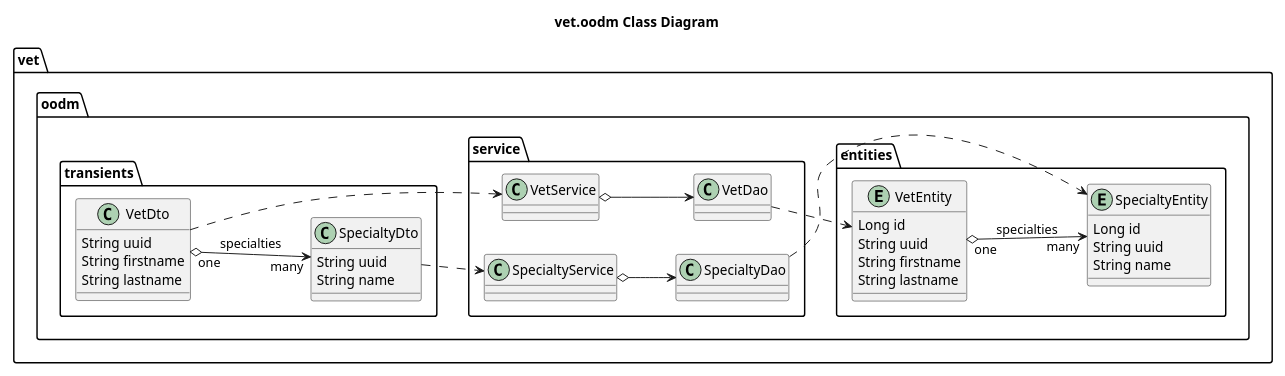
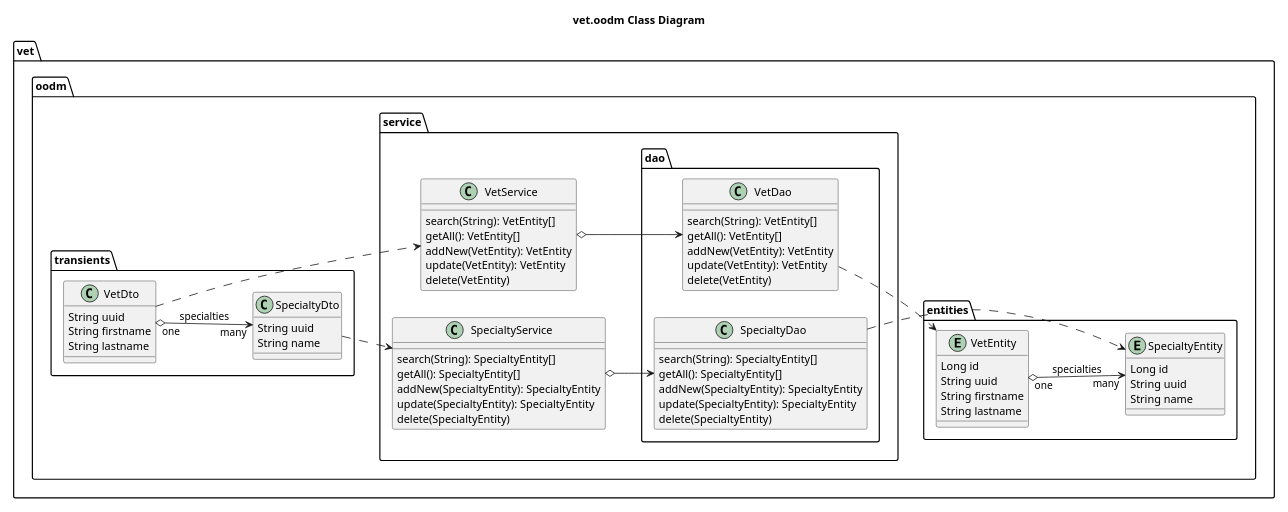
One commit to Jakarta-EE-Petclinic/petclinic-uml changed the diagram in puml/vet/implementation/DB__Class.puml. Above: the diagram before and after it, drawn with PlantUML. The commit also changed 6 other files, not shown here.

```diff
--- a/puml/vet/implementation/DB__Class.puml
+++ b/puml/vet/implementation/DB__Class.puml
@@ -1,76 +1,95 @@
 @startuml
 'https://plantuml.com/class-diagram
 
 title vet.oodm Class Diagram
 
 left to right direction
 'top to bottom direction
 
 scale 1000 width
 
 package vet.oodm {
 
     package vet.oodm.entities {
 
         entity VetEntity {
             Long id
             String uuid
             String firstname
             String lastname
         }
 
         entity SpecialtyEntity {
             Long id
             String uuid
             String name
         }
 
         VetEntity "one" o--> "many" SpecialtyEntity: specialties
     }
 
     package vet.oodm.service {
 
         class VetService {
-
-        }
-
-        class VetDao {
-
+            search(String): VetEntity[]
+            getAll(): VetEntity[]
+            addNew(VetEntity): VetEntity
+            update(VetEntity): VetEntity
+            delete(VetEntity)
         }
 
         class SpecialtyService {
-
+            search(String): SpecialtyEntity[]
+            getAll(): SpecialtyEntity[]
+            addNew(SpecialtyEntity): SpecialtyEntity
+            update(SpecialtyEntity): SpecialtyEntity
+            delete(SpecialtyEntity)
         }
 
-        class SpecialtyDao {
+        package vet.oodm.service.dao {
 
+            class VetDao {
+                search(String): VetEntity[]
+                getAll(): VetEntity[]
+                addNew(VetEntity): VetEntity
+                update(VetEntity): VetEntity
+                delete(VetEntity)
+            }
+
+            class SpecialtyDao {
+                search(String): SpecialtyEntity[]
+                getAll(): SpecialtyEntity[]
+                addNew(SpecialtyEntity): SpecialtyEntity
+                update(SpecialtyEntity): SpecialtyEntity
+                delete(SpecialtyEntity)
+            }
         }
 
         VetService o--> VetDao
         SpecialtyService o--> SpecialtyDao
 
         VetDao ..> VetEntity
         SpecialtyDao ..> SpecialtyEntity
     }
 
     package vet.oodm.transients {
 
         class VetDto {
             String uuid
             String firstname
             String lastname
         }
 
         class SpecialtyDto {
             String uuid
             String name
         }
 
         VetDto "one" o--> "many" SpecialtyDto: specialties
 
         VetDto ..> VetService
         SpecialtyDto ..> SpecialtyService
     }
 }
 
 @enduml
```
